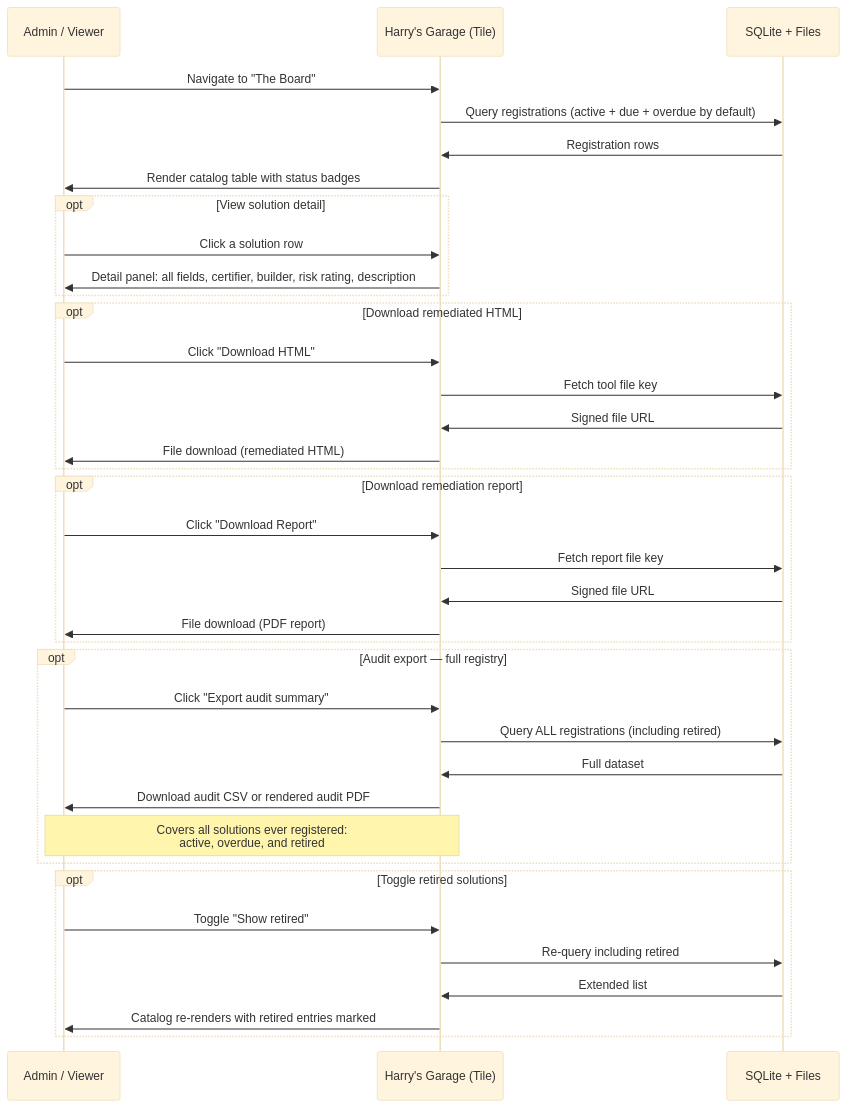
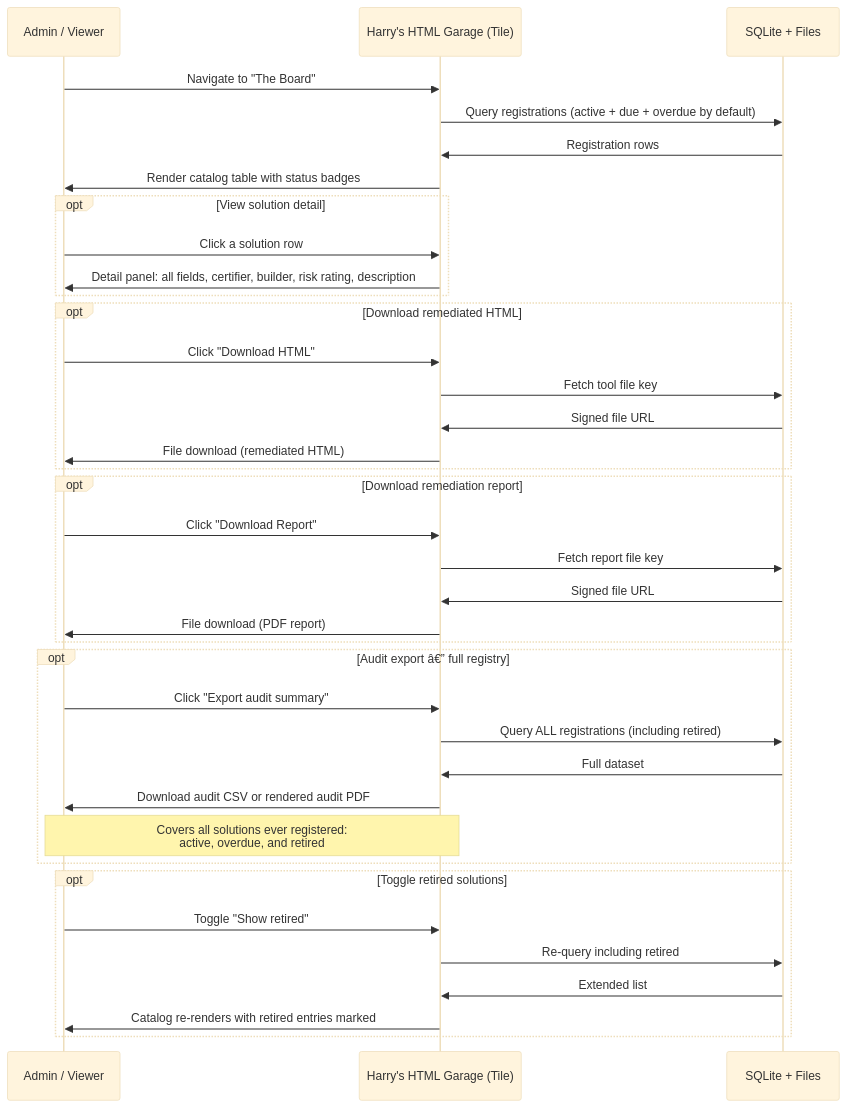
Before and after one commit to thensby-afk/agentic: the diagram in 4 - Security specification/process-flows/03-admin-catalog.md, drawn with Mermaid (base theme). The commit also changed other lines of this file and 4 other files, not shown here.

Commit message:
Rename to Harry's HTML Garage; add shell tile HTML

````diff
--- a/4 - Security specification/process-flows/03-admin-catalog.md
+++ b/4 - Security specification/process-flows/03-admin-catalog.md
@@ -28,45 +28,45 @@
 ```mermaid
 sequenceDiagram
     participant A as Admin / Viewer
-    participant HG as Harry's Garage (Tile)
+    participant HG as Harry's HTML Garage (Tile)
     participant DB as SQLite + Files
 
     A->>HG: Navigate to "The Board"
     HG->>DB: Query registrations (active + due + overdue by default)
     DB->>HG: Registration rows
     HG->>A: Render catalog table with status badges
 
     opt View solution detail
         A->>HG: Click a solution row
         HG->>A: Detail panel: all fields, certifier, builder, risk rating, description
     end
 
     opt Download remediated HTML
         A->>HG: Click "Download HTML"
         HG->>DB: Fetch tool file key
         DB->>HG: Signed file URL
         HG->>A: File download (remediated HTML)
     end
 
     opt Download remediation report
         A->>HG: Click "Download Report"
         HG->>DB: Fetch report file key
         DB->>HG: Signed file URL
         HG->>A: File download (PDF report)
     end
 
-    opt Audit export — full registry
+    opt Audit export â€” full registry
         A->>HG: Click "Export audit summary"
         HG->>DB: Query ALL registrations (including retired)
         DB->>HG: Full dataset
         HG->>A: Download audit CSV or rendered audit PDF
         Note over HG,A: Covers all solutions ever registered:<br/>active, overdue, and retired
     end
 
     opt Toggle retired solutions
         A->>HG: Toggle "Show retired"
         HG->>DB: Re-query including retired
         DB->>HG: Extended list
         HG->>A: Catalog re-renders with retired entries marked
     end
 ```
````
